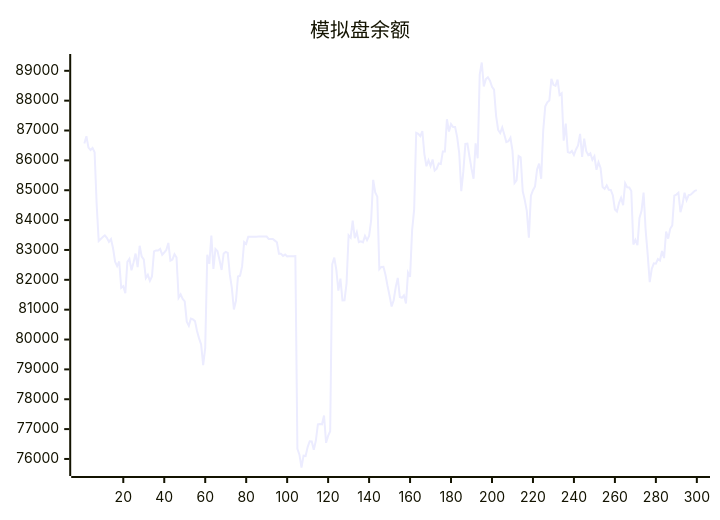
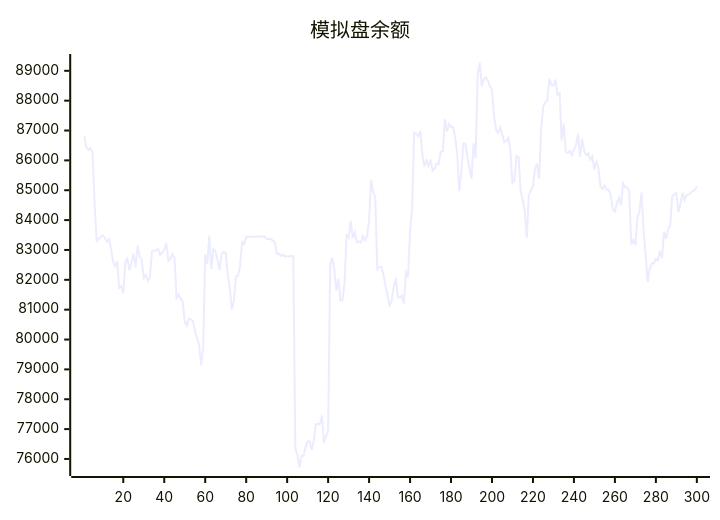
The diagram in README.md (aahl/ai-trading), drawn with Mermaid before and after one commit. The commit also changed other lines of this file and 1 other file, not shown here.

````diff
--- a/README.md
+++ b/README.md
@@ -5,5 +5,5 @@
 ```mermaid
 xychart
     title "模拟盘余额"
-    line [86566,86809,86427,86348,86417,86273,84538,83299,83369,83430,83490,83404,83270,83362,83056,82605,82459,82614,81734,81788,81551,82598,82702,82320,82580,82878,82426,83139,82778,82686,82056,82166,81963,82110,82951,82983,82984,83038,82838,82915,82998,83235,82642,82682,82858,82746,81396,81512,81362,81277,80600,80461,80699,80673,80616,80288,80038,79836,79142,79722,82837,82533,83480,82366,83032,82960,82654,82330,82883,82934,82901,82188,81728,81005,81298,82110,82135,82449,83264,83203,83440,83439,83440,83440,83446,83447,83448,83447,83448,83449,83369,83369,83369,83313,83256,82872,82873,82801,82844,82785,82791,82791,82793,82794,76339,76145,75714,76110,76096,76397,76594,76585,76310,76607,77160,77170,77160,77456,76541,76774,76927,82520,82744,82337,81639,82040,81307,81314,81887,83490,83414,83984,83396,83594,83261,83287,83253,83470,83327,83465,83987,85348,84930,84786,82355,82433,82438,82167,81795,81466,81105,81315,81756,82064,81426,81398,81481,81210,82242,82099,83658,84359,86925,86892,86814,86980,86203,85802,86003,85811,86028,85657,85721,85896,85880,86300,86299,87378,86965,87214,87115,87118,86780,86238,84966,85623,86555,86562,86129,85722,85387,86569,86070,88870,89278,88477,88720,88781,88668,88467,88372,87493,87018,86917,87102,86870,86613,86644,86758,86317,85242,85334,86149,86106,84968,84671,84302,83410,84816,85001,85127,85693,85891,85384,87001,87811,87945,88007,88734,88528,88495,88705,88189,88248,86662,87234,86279,86251,86314,86177,86364,86503,86886,86114,86731,86310,86176,86240,86017,86136,85685,85938,85749,85111,85044,85164,85016,85008,84824,84354,84287,84572,84745,84500,85234,85096,85095,84970,83180,83338,83157,84070,84309,84922,83667,82850,81924,82369,82552,82539,82695,82648,82962,82728,83619,83378,83710,83825,84819,84854,84917,84265,84527,84919,84668,84834,84850,84916,84981,85004]
+    line [86809,86427,86348,86417,86273,84538,83299,83369,83430,83490,83404,83270,83362,83056,82605,82459,82614,81734,81788,81551,82598,82702,82320,82580,82878,82426,83139,82778,82686,82056,82166,81963,82110,82951,82983,82984,83038,82838,82915,82998,83235,82642,82682,82858,82746,81396,81512,81362,81277,80600,80461,80699,80673,80616,80288,80038,79836,79142,79722,82837,82533,83480,82366,83032,82960,82654,82330,82883,82934,82901,82188,81728,81005,81298,82110,82135,82449,83264,83203,83440,83439,83440,83440,83446,83447,83448,83447,83448,83449,83369,83369,83369,83313,83256,82872,82873,82801,82844,82785,82791,82791,82793,82794,76339,76145,75714,76110,76096,76397,76594,76585,76310,76607,77160,77170,77160,77456,76541,76774,76927,82520,82744,82337,81639,82040,81307,81314,81887,83490,83414,83984,83396,83594,83261,83287,83253,83470,83327,83465,83987,85348,84930,84786,82355,82433,82438,82167,81795,81466,81105,81315,81756,82064,81426,81398,81481,81210,82242,82099,83658,84359,86925,86892,86814,86980,86203,85802,86003,85811,86028,85657,85721,85896,85880,86300,86299,87378,86965,87214,87115,87118,86780,86238,84966,85623,86555,86562,86129,85722,85387,86569,86070,88870,89278,88477,88720,88781,88668,88467,88372,87493,87018,86917,87102,86870,86613,86644,86758,86317,85242,85334,86149,86106,84968,84671,84302,83410,84816,85001,85127,85693,85891,85384,87001,87811,87945,88007,88734,88528,88495,88705,88189,88248,86662,87234,86279,86251,86314,86177,86364,86503,86886,86114,86731,86310,86176,86240,86017,86136,85685,85938,85749,85111,85044,85164,85016,85008,84824,84354,84287,84572,84745,84500,85234,85096,85095,84970,83180,83338,83157,84070,84309,84922,83667,82850,81924,82369,82552,82539,82695,82648,82962,82728,83619,83378,83710,83825,84819,84854,84917,84265,84527,84919,84668,84834,84850,84916,84981,85004,85131]
 ```
````
